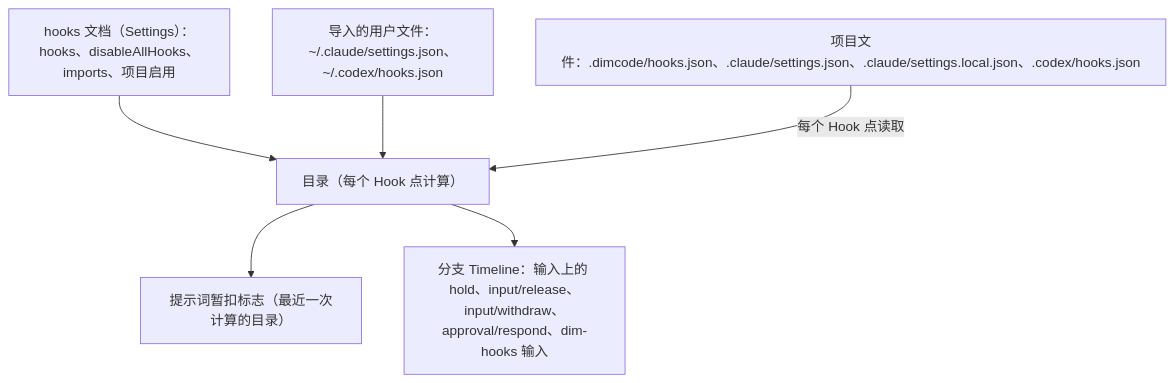
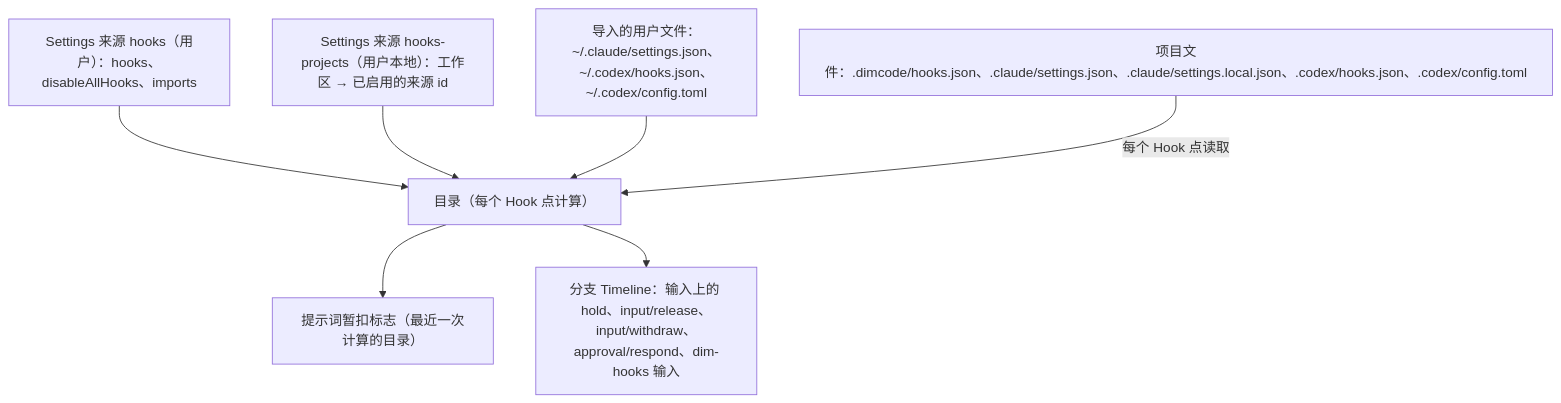
The second of 6 diagrams in docs/zh/design/plugins/Hooks.md (CoutinhoTTS/dim-agent), drawn with Mermaid before and after one commit. The commit also changed other lines of this file and 3 other files, not shown here.

````diff
--- a/docs/zh/design/plugins/Hooks.md
+++ b/docs/zh/design/plugins/Hooks.md
@@ -67,14 +88,16 @@
 ```mermaid
 flowchart TB
-  User["hooks 文档（Settings）：hooks、disableAllHooks、imports、项目启用"]
-  Compat["导入的用户文件：~/.claude/settings.json、~/.codex/hooks.json"]
-  Proj["项目文件：.dimcode/hooks.json、.claude/settings.json、.claude/settings.local.json、.codex/hooks.json"]
+  User["Settings 来源 hooks（用户）：hooks、disableAllHooks、imports"]
+  Enable["Settings 来源 hooks-projects（用户本地）：工作区 → 已启用的来源 id"]
+  Compat["导入的用户文件：~/.claude/settings.json、~/.codex/hooks.json、~/.codex/config.toml"]
+  Proj["项目文件：.dimcode/hooks.json、.claude/settings.json、.claude/settings.local.json、.codex/hooks.json、.codex/config.toml"]
   Cat["目录（每个 Hook 点计算）"]
   Snap["提示词暂扣标志（最近一次计算的目录）"]
   TL["分支 Timeline：输入上的 hold、input/release、input/withdraw、approval/respond、dim-hooks 输入"]
   User --> Cat
+  Enable --> Cat
   Compat --> Cat
   Proj -->|"每个 Hook 点读取"| Cat
   Cat --> Snap
   Cat --> TL
 ```
````
